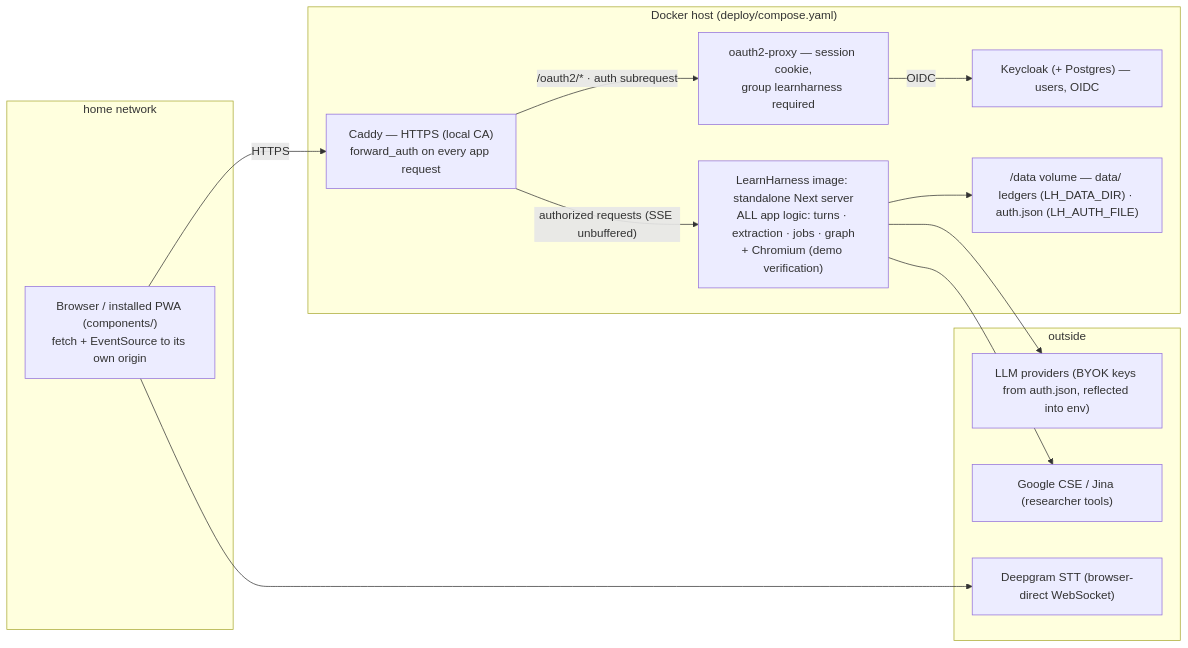
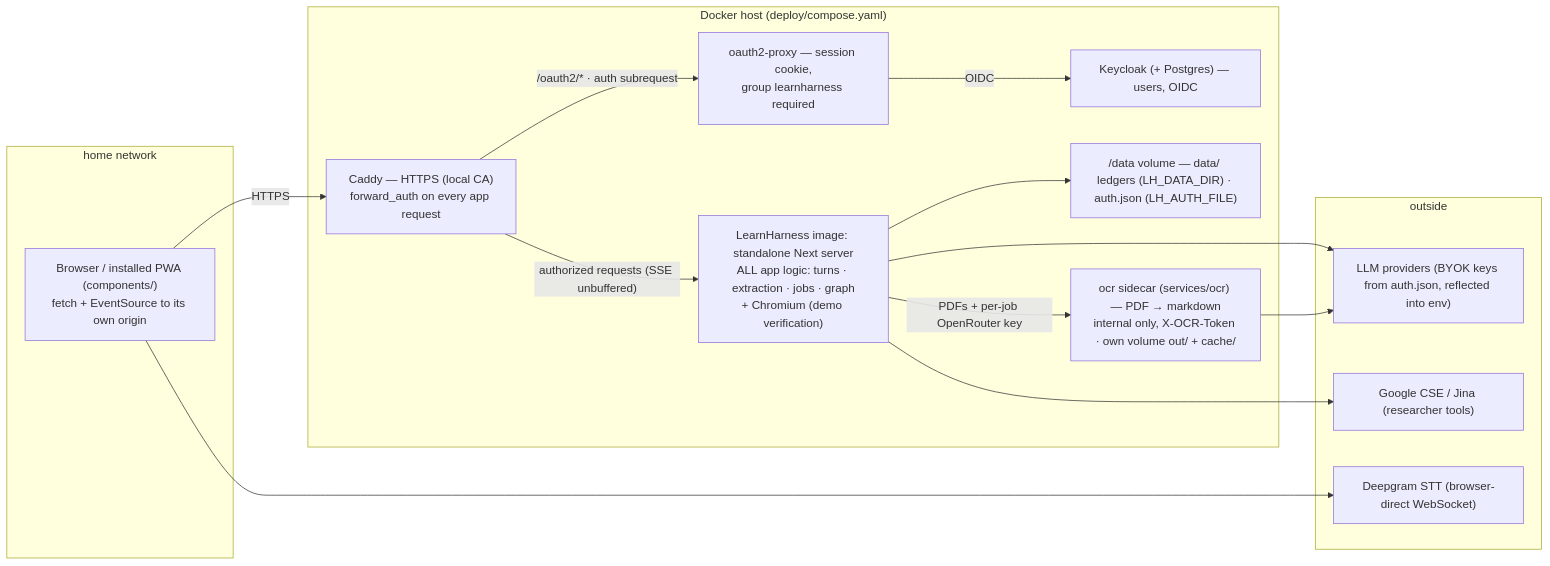
The seventh of 7 diagrams in docs/architecture.md (VileEnd/learnharness), drawn with Mermaid before and after one commit. The commit also changed other lines of this file and 15 other files, not shown here.

First line of the commit message:
feat(ocr): run services/ocr as an authenticated sidecar

````diff
--- a/docs/architecture.md
+++ b/docs/architecture.md
@@ -402,26 +402,29 @@
 ```mermaid
 flowchart LR
     subgraph LAN["home network"]
         BROWSER["Browser / installed PWA (components/)<br/>fetch + EventSource to its own origin"]
     end
     subgraph STACK["Docker host (deploy/compose.yaml)"]
         CADDY["Caddy — HTTPS (local CA)<br/>forward_auth on every app request"]
         PROXY["oauth2-proxy — session cookie,<br/>group learnharness required"]
         KC["Keycloak (+ Postgres) — users, OIDC"]
         NEXT["LearnHarness image: standalone Next server<br/>ALL app logic: turns · extraction · jobs · graph<br/>+ Chromium (demo verification)"]
         DISK["/data volume — data/ ledgers (LH_DATA_DIR) · auth.json (LH_AUTH_FILE)"]
+        OCR["ocr sidecar (services/ocr) — PDF → markdown<br/>internal only, X-OCR-Token · own volume out/ + cache/"]
     end
     subgraph OUTSIDE["outside"]
         OR["LLM providers (BYOK keys from auth.json, reflected into env)"]
         DG["Deepgram STT (browser-direct WebSocket)"]
         GCSE["Google CSE / Jina (researcher tools)"]
     end
     BROWSER -->|"HTTPS"| CADDY
     CADDY -->|"/oauth2/* · auth subrequest"| PROXY
     PROXY -->|"OIDC"| KC
     CADDY -->|"authorized requests (SSE unbuffered)"| NEXT
     NEXT --> DISK
     NEXT --> OR
+    NEXT -->|"PDFs + per-job OpenRouter key"| OCR
+    OCR --> OR
     NEXT --> GCSE
     BROWSER --> DG
 ```
````
